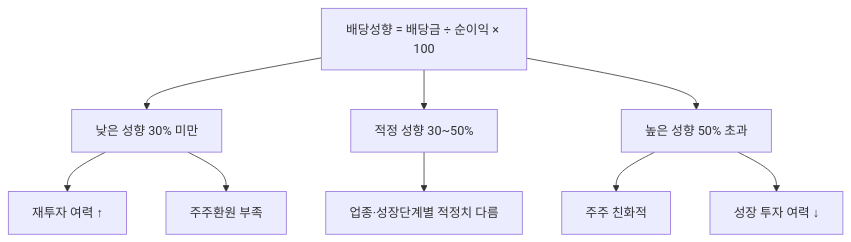
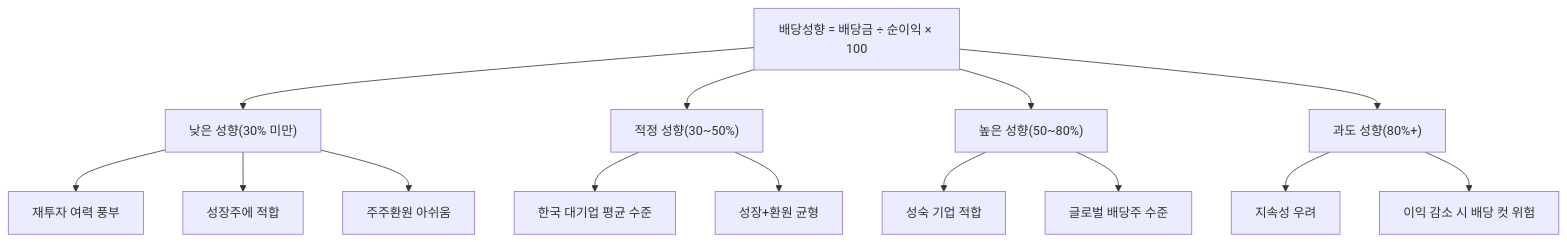
Before and after one commit to yeongseon/stock-visual-note: the diagram in content/stock-terms/ko/level-06-events/payout-ratio.md, drawn with Mermaid. The commit also changed other lines of this file and 1 other file, not shown here.

Commit message:
content: rewrite payout-ratio, record-date — deeper scenarios, richer Mermaid diagrams, blog tone

````diff
--- a/content/stock-terms/ko/level-06-events/payout-ratio.md
+++ b/content/stock-terms/ko/level-06-events/payout-ratio.md
@@ -39,12 +47,17 @@
 ```mermaid
 graph TD
     A["배당성향 = 배당금 ÷ 순이익 × 100"]
-    A --> B["낮은 성향 30% 미만"]
-    A --> C["적정 성향 30~50%"]
-    A --> D["높은 성향 50% 초과"]
-    B --> B1["재투자 여력 ↑"]
-    B --> B2["주주환원 부족"]
-    D --> D1["주주 친화적"]
-    D --> D2["성장 투자 여력 ↓"]
-    C --> E["업종·성장단계별 적정치 다름"]
+    A --> B["낮은 성향(30% 미만)"]
+    A --> C["적정 성향(30~50%)"]
+    A --> D["높은 성향(50~80%)"]
+    A --> E["과도 성향(80%+)"]
+    B --> B1["재투자 여력 풍부"]
+    B --> B2["성장주에 적합"]
+    B --> B3["주주환원 아쉬움"]
+    C --> C1["한국 대기업 평균 수준"]
+    C --> C2["성장+환원 균형"]
+    D --> D1["성숙 기업 적합"]
+    D --> D2["글로벌 배당주 수준"]
+    E --> E1["지속성 우려"]
+    E --> E2["이익 감소 시 배당 컷 위험"]
 ```
````
